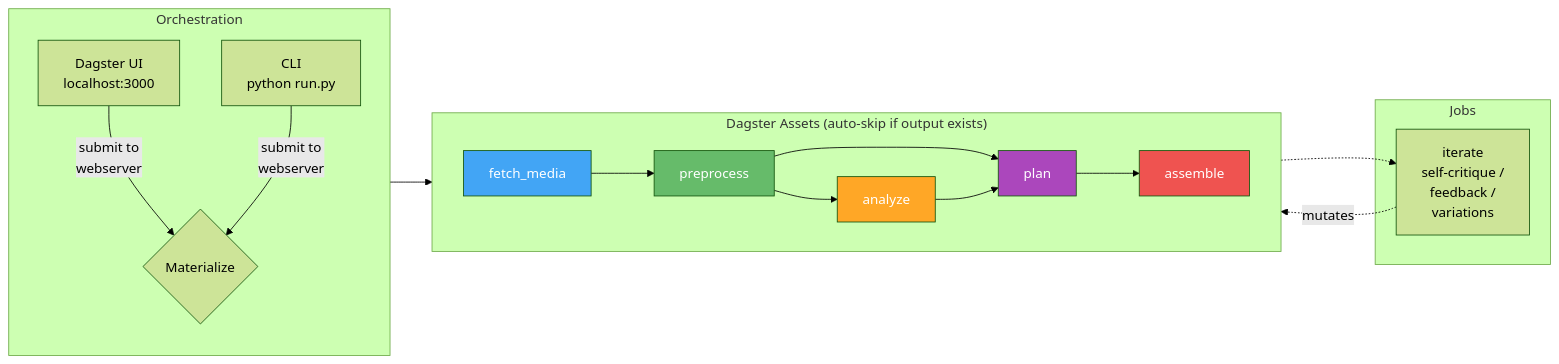
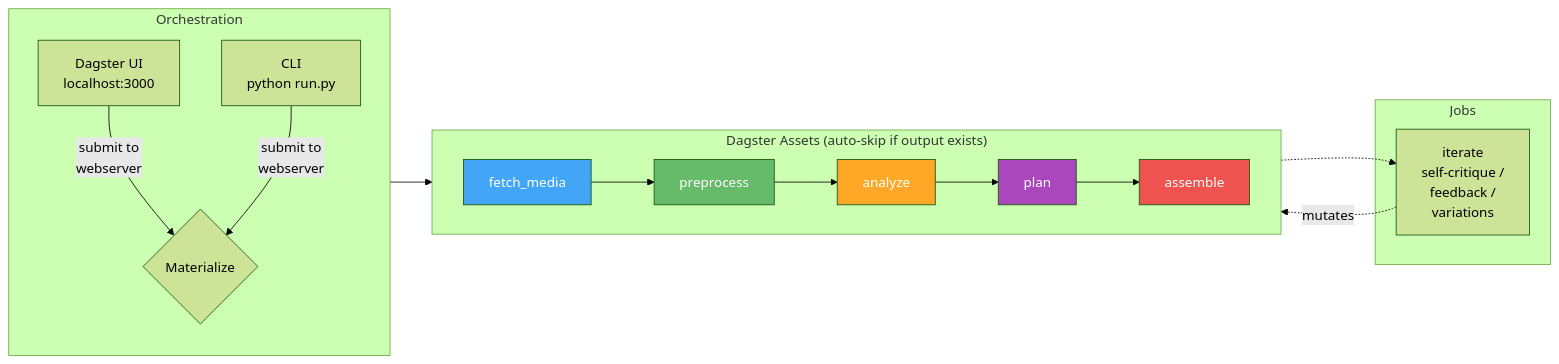
One commit to Guoyuer/reelsmith changed the first of 2 diagrams in README.md. Above: the diagram before and after it, drawn with Mermaid (forest theme). The commit also changed other lines of this file, not shown here.

Commit message:
Update README diagrams to reflect linear asset chain
Remove preprocess → plan edges from both Mermaid diagrams.
Chain is now: fetch_media → preprocess → analyze → plan → assemble

````diff
--- a/README.md
+++ b/README.md
@@ -7,31 +7,30 @@
 ```mermaid
 flowchart LR
     subgraph Orchestration
         direction TB
         DG[Dagster UI<br/>localhost:3000]
         CLI[CLI<br/>python run.py]
         DG & CLI -->|submit to<br/>webserver| MAT{Materialize}
     end
 
     subgraph "Dagster Assets (auto-skip if output exists)"
         direction LR
         FM[fetch_media] --> PP[preprocess]
         PP --> AN[analyze]
-        PP --> PL[plan]
-        AN --> PL
+        AN --> PL[plan]
         PL --> AS[assemble]
     end
 
     subgraph "Jobs"
         IT[iterate<br/>self-critique /<br/>feedback /<br/>variations]
     end
 
     MAT --> FM
     AS -.-> IT -.->|mutates| PL
 
     style FM fill:#42A5F5,color:#fff
     style PP fill:#66BB6A,color:#fff
     style AN fill:#FFA726,color:#fff
     style PL fill:#AB47BC,color:#fff
     style AS fill:#EF5350,color:#fff
 ```
````
